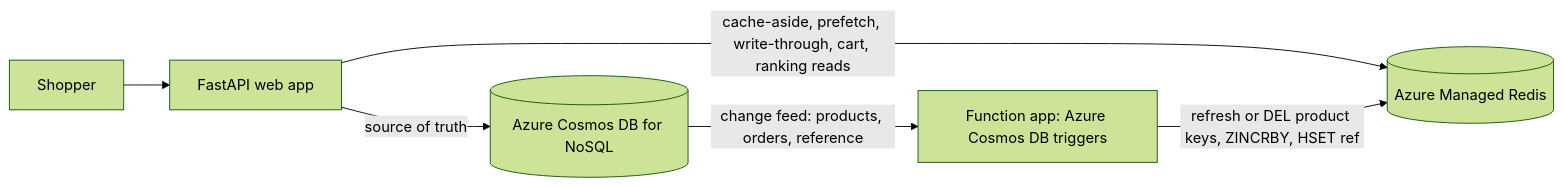
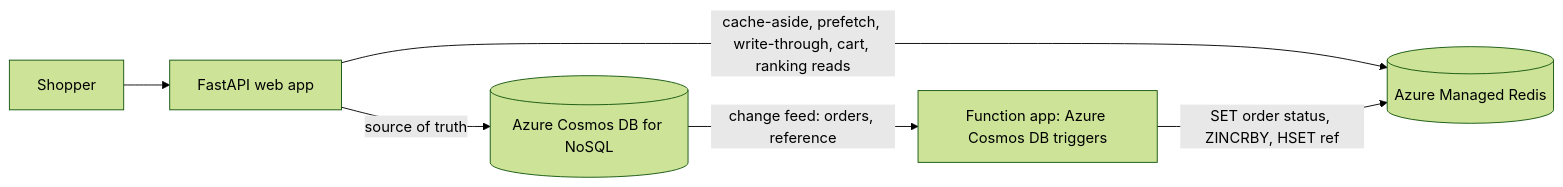
One commit to AzureManagedRedis/amr-caching-pattern-samples changed the diagram in cosmos-db-retail-sample/README.md. Above: the diagram before and after it, drawn with Mermaid (forest theme). The commit also changed other lines of this file and 15 other files, not shown here.

First line of the commit message:
Azure Cosmos DB sample: order-status event-driven refresh

````diff
--- a/cosmos-db-retail-sample/README.md
+++ b/cosmos-db-retail-sample/README.md
@@ -31,8 +30,8 @@
 ```mermaid
 flowchart LR
     U[Shopper] --> W[FastAPI web app]
     W -->|cache-aside, prefetch, write-through, cart, ranking reads| R[(Azure Managed Redis)]
     W -->|source of truth| C[(Azure Cosmos DB for NoSQL)]
-    C -->|change feed: products, orders, reference| F[Function app: Azure Cosmos DB triggers]
-    F -->|refresh or DEL product keys, ZINCRBY, HSET ref| R
+    C -->|change feed: orders, reference| F[Function app: Azure Cosmos DB triggers]
+    F -->|SET order status, ZINCRBY, HSET ref| R
 ```
````
